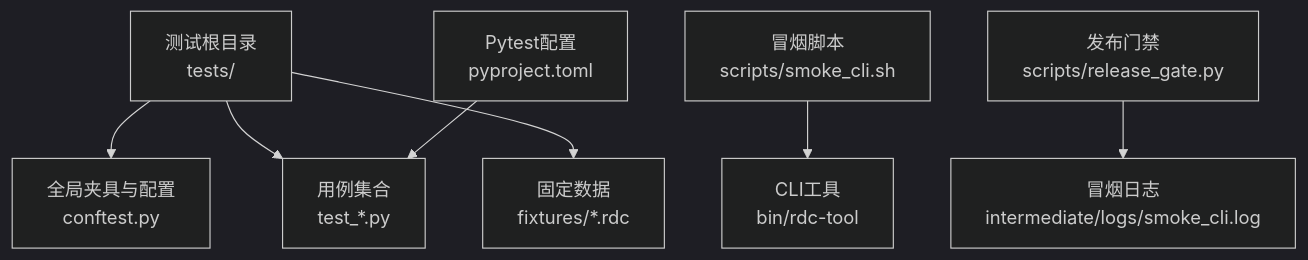
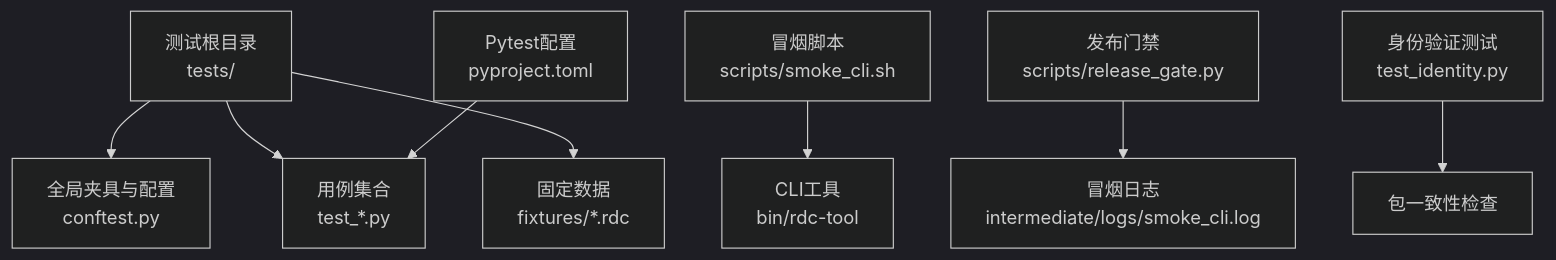
Before and after one commit to haolange/RDC-Tool: the first of 9 diagrams in .qoder/repowiki/zh/content/开发指南/测试策略/测试策略.md, drawn with Mermaid (dark theme). The commit also changed other lines of this file and 80 other files, not shown here.

````diff
--- a/.qoder/repowiki/zh/content/开发指南/测试策略/测试策略.md
+++ b/.qoder/repowiki/zh/content/开发指南/测试策略/测试策略.md
@@ -39,9 +54,10 @@
 ```mermaid
 graph TB
 A["测试根目录<br/>tests/"] --> B["全局夹具与配置<br/>conftest.py"]
 A --> C["用例集合<br/>test_*.py"]
 A --> D["固定数据<br/>fixtures/*.rdc"]
 E["冒烟脚本<br/>scripts/smoke_cli.sh"] --> F["CLI工具<br/>bin/rdc-tool"]
 G["发布门禁<br/>scripts/release_gate.py"] --> H["冒烟日志<br/>intermediate/logs/smoke_cli.log"]
 I["Pytest配置<br/>pyproject.toml"] --> C
+J["身份验证测试<br/>test_identity.py"] --> K["包一致性检查"]
 ```
````
